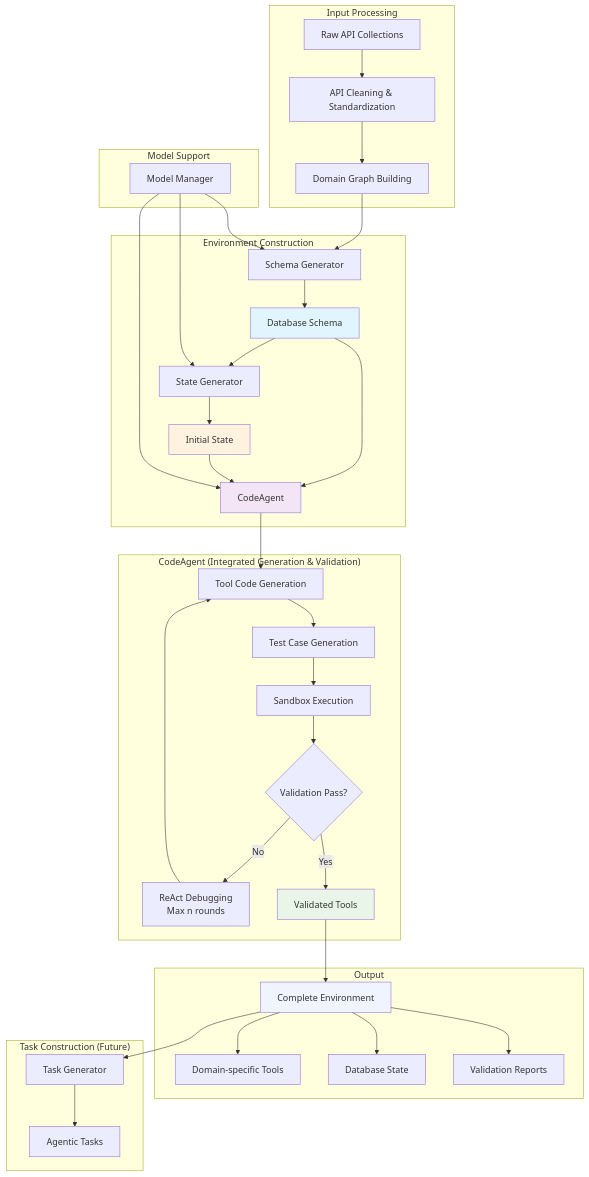
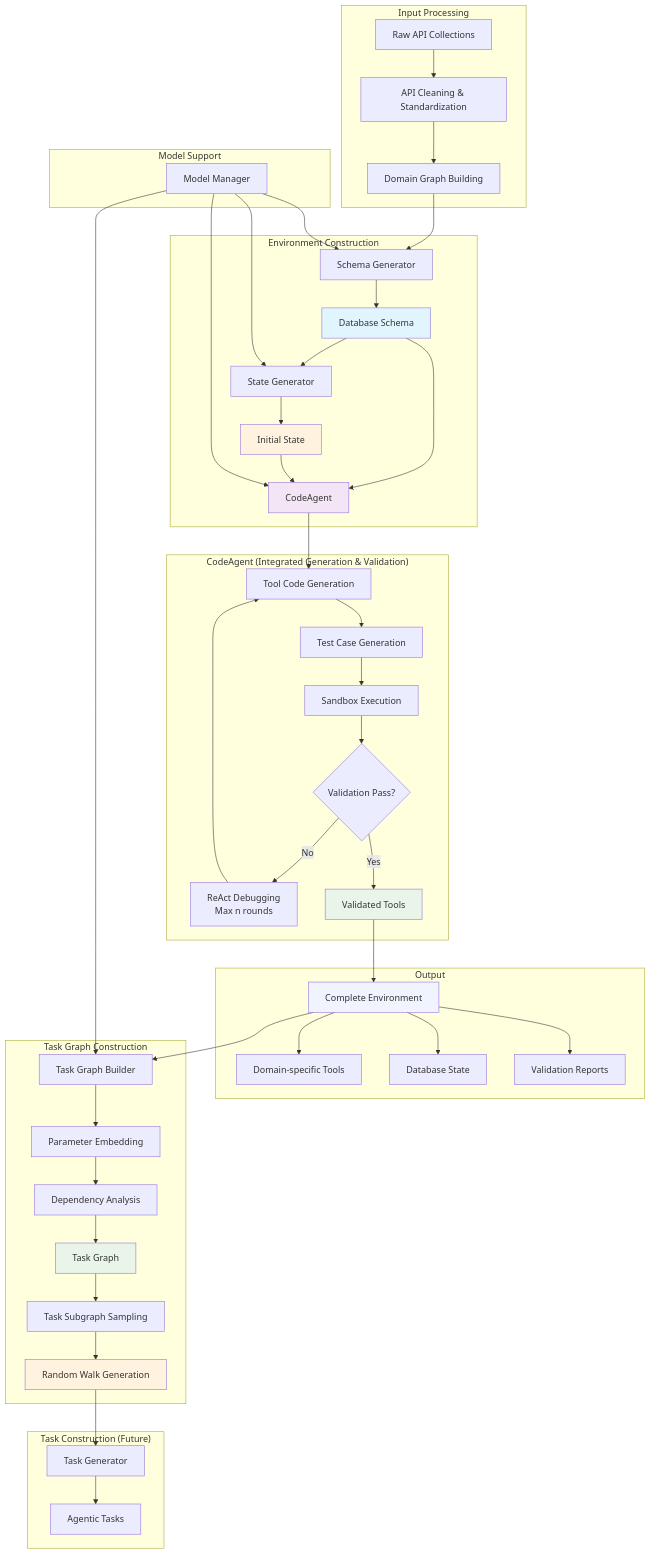
The diagram in README.md (zuoyifan132/worldInteract), drawn with Mermaid before and after one commit. The commit also changed other lines of this file and 7 other files, not shown here.

Commit message:
update task_graph and chain DAG random walk, update exmaple readme and main readme

````diff
--- a/README.md
+++ b/README.md
@@ -11,50 +11,62 @@
 ```mermaid
 graph TB
     subgraph "Input Processing"
         A[Raw API Collections] --> B[API Cleaning & Standardization]
         B --> C[Domain Graph Building]
     end
     
     subgraph "Environment Construction"
         C --> D[Schema Generator]
         D --> E[Database Schema]
         E --> F[State Generator]
         F --> G[Initial State]
         E --> H[CodeAgent]
         G --> H
     end
     
     subgraph "CodeAgent (Integrated Generation & Validation)"
         H --> I[Tool Code Generation]
         I --> J[Test Case Generation]
         J --> K[Sandbox Execution]
         K --> L{Validation Pass?}
         L -->|No| M[ReAct Debugging<br/>Max n rounds]
         M --> I
         L -->|Yes| N[Validated Tools]
     end
     
     subgraph "Output"
         N --> O[Complete Environment]
         O --> P[Domain-specific Tools]
         O --> Q[Database State]
         O --> R[Validation Reports]
     end
     
+    subgraph "Task Graph Construction"
+        O --> S[Task Graph Builder]
+        S --> T[Parameter Embedding]
+        T --> U1[Dependency Analysis]
+        U1 --> V[Task Graph]
+        V --> W[Task Subgraph Sampling]
+        W --> X[Random Walk Generation]
+    end
+    
     subgraph "Task Construction (Future)"
-        O --> S[Task Generator]
-        S --> T[Agentic Tasks]
+        X --> Y[Task Generator]
+        Y --> Z[Agentic Tasks]
     end
     
     subgraph "Model Support"
-        U[Model Manager] --> D
-        U --> F
-        U --> H
+        M1[Model Manager] --> D
+        M1 --> F
+        M1 --> H
+        M1 --> S
     end
     
     style E fill:#e1f5fe
     style G fill:#fff3e0
     style H fill:#f3e5f5
     style N fill:#e8f5e8
     style O fill:#f0f4ff
+    style V fill:#e8f5e8
+    style X fill:#fff3e0
 ```
````
